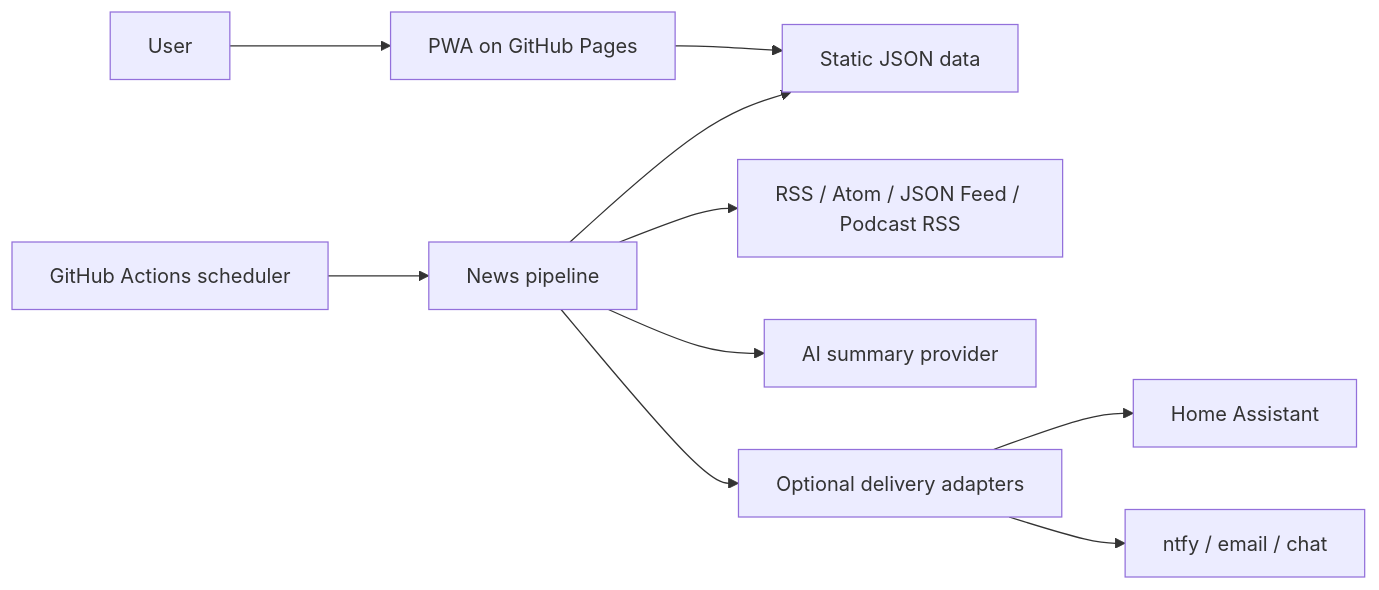
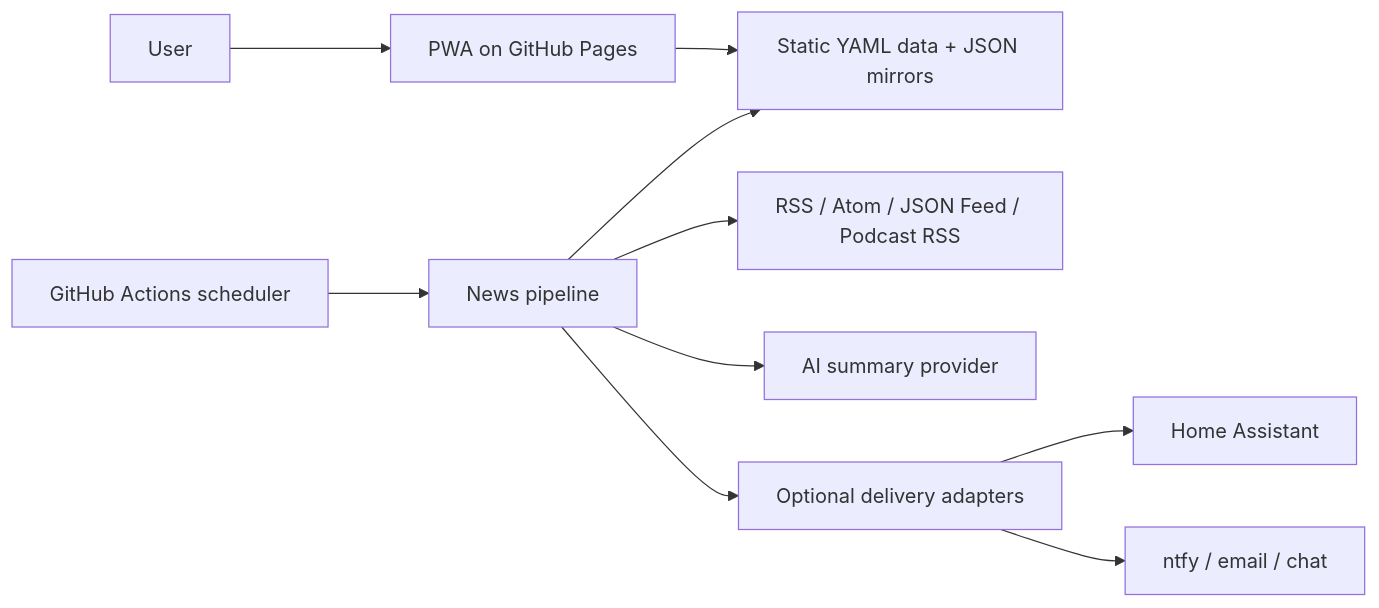
One commit to DevSecNinja/wazzup changed the first of 2 diagrams in docs/architecture.md. Above: the diagram before and after it, drawn with Mermaid. The commit also changed other lines of this file and 16 other files, not shown here.

````diff
--- a/docs/architecture.md
+++ b/docs/architecture.md
@@ -17,12 +17,12 @@
 ```mermaid
 flowchart LR
     User[User] --> PWA[PWA on GitHub Pages]
-    PWA --> StaticData[Static JSON data]
+    PWA --> StaticData[Static YAML data + JSON mirrors]
     Actions[GitHub Actions scheduler] --> Pipeline[News pipeline]
     Pipeline --> Feeds[RSS / Atom / JSON Feed / Podcast RSS]
     Pipeline --> AI[AI summary provider]
     Pipeline --> StaticData
     Pipeline --> Delivery[Optional delivery adapters]
     Delivery --> HA[Home Assistant]
     Delivery --> Notify[ntfy / email / chat]
 ```
````
